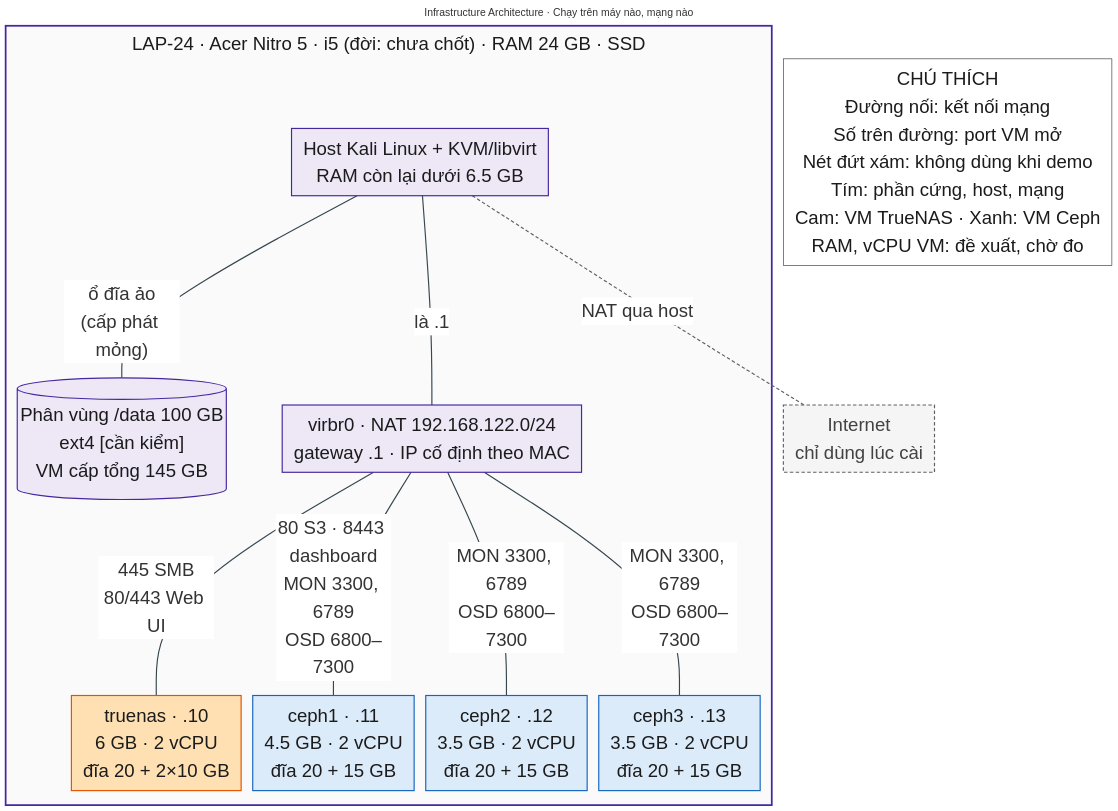
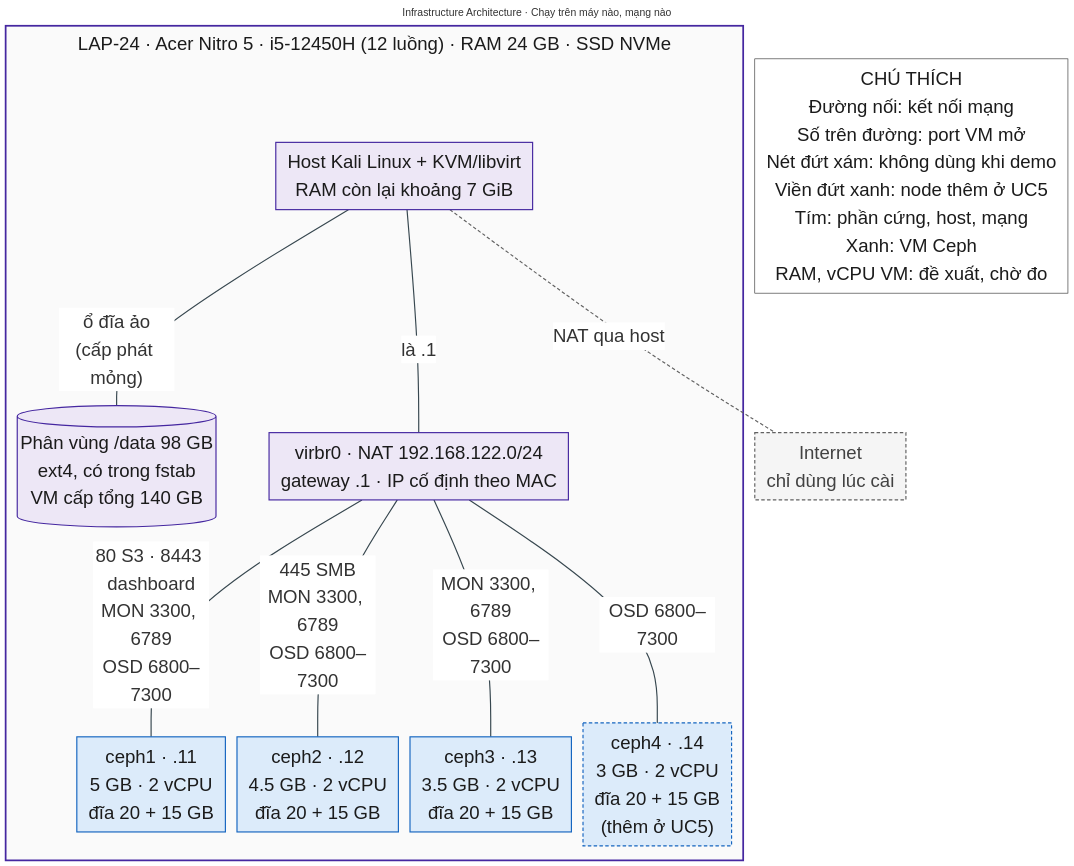
One commit to HDungg925/Project changed the fourth of 5 diagrams in NT132-P2-TaiLieuNhom.md. Above: the diagram before and after it, drawn with Mermaid. The commit also changed other lines of this file and 11 other files, not shown here.

Commit message:
Bo TrueNAS

````diff
--- a/NT132-P2-TaiLieuNhom.md
+++ b/NT132-P2-TaiLieuNhom.md
@@ -521,48 +568,55 @@
 ```mermaid
 ---
 title: "Infrastructure Architecture · Chạy trên máy nào, mạng nào"
+config:
+  layout: dagre
+  theme: base
+  themeVariables: {"fontSize": "32px", "fontFamily": "Arial, Helvetica, sans-serif", "lineColor": "#37474F", "edgeLabelBackground": "#FFFFFF"}
+  themeCSS: ".flowchartTitleText { font-size: 42px; font-weight: bold; } .edgeLabel div { max-width: none !important; white-space: nowrap !important; }"
+  flowchart: {"curve": "basis", "wrappingWidth": 650, "nodeSpacing": 20, "rankSpacing": 50, "padding": 10, "subGraphTitleMargin": {"top": 6, "bottom": 26}}
 ---
-%%{init: {"theme": "base", "themeVariables": {"fontSize": "32px", "fontFamily": "Arial, Helvetica, sans-serif", "lineColor": "#37474F", "edgeLabelBackground": "#FFFFFF"}, "themeCSS": ".flowchartTitleText { font-size: 42px; font-weight: bold; } .edgeLabel div { max-width: none !important; white-space: nowrap !important; }", "flowchart": {"curve": "basis", "wrappingWidth": 650, "nodeSpacing": 20, "rankSpacing": 50, "padding": 10, "subGraphTitleMargin": {"top": 6, "bottom": 26}}}}%%
 flowchart TB
-    %% ===== BẢNG MÀU CHUNG (giữ nguyên như slide 6-8) =====
+    %% ===== BẢNG MÀU CHUNG v3 (giữ nguyên như slide 6-8) =====
     classDef client  fill:#E8F5E9,stroke:#2E7D32,stroke-width:2px,color:#1B1B1B
-    classDef truenas fill:#FFE0B2,stroke:#E65100,stroke-width:2px,color:#1B1B1B
+    classDef gateway fill:#FFE0B2,stroke:#E65100,stroke-width:2px,color:#1B1B1B
     classDef ceph    fill:#DCEBFA,stroke:#1565C0,stroke-width:2px,color:#1B1B1B
     classDef infra   fill:#EDE7F6,stroke:#4527A0,stroke-width:2px,color:#1B1B1B
     classDef should  fill:#F5F5F5,stroke:#616161,stroke-width:2px,stroke-dasharray:6 4,color:#424242
     classDef note    fill:#FFFFFF,stroke:#212121,stroke-width:1px,color:#1B1B1B
+    %% Riêng slide 9-10: node Ceph chỉ tham gia cụm ở UC5 (ceph4) = nền xanh, viền đứt
+    classDef later   fill:#DCEBFA,stroke:#1565C0,stroke-width:2px,stroke-dasharray:6 4,color:#1B1B1B
 
     INET["Internet<br/>chỉ dùng lúc cài"]
 
-    subgraph LAP["LAP-24 · Acer Nitro 5 · i5 (đời: chưa chốt) · RAM 24 GB · SSD"]
-        HOST["Host Kali Linux + KVM/libvirt<br/>RAM còn lại dưới 6.5 GB"]
-        DATA[("Phân vùng /data 100 GB<br/>ext4 [cần kiểm]<br/>VM cấp tổng 145 GB")]
+    subgraph LAP["LAP-24 · Acer Nitro 5 · i5-12450H (12 luồng) · RAM 24 GB · SSD NVMe"]
+        HOST["Host Kali Linux + KVM/libvirt<br/>RAM còn lại khoảng 7 GiB"]
+        DATA[("Phân vùng /data 98 GB<br/>ext4, có trong fstab<br/>VM cấp tổng 140 GB")]
         NET["virbr0 · NAT 192.168.122.0/24<br/>gateway .1 · IP cố định theo MAC"]
-        VM_TN["truenas · .10<br/>6 GB · 2 vCPU<br/>đĩa 20 + 2×10 GB"]
-        VM_C1["ceph1 · .11<br/>4.5 GB · 2 vCPU<br/>đĩa 20 + 15 GB"]
-        VM_C2["ceph2 · .12<br/>3.5 GB · 2 vCPU<br/>đĩa 20 + 15 GB"]
+        VM_C1["ceph1 · .11<br/>5 GB · 2 vCPU<br/>đĩa 20 + 15 GB"]
+        VM_C2["ceph2 · .12<br/>4.5 GB · 2 vCPU<br/>đĩa 20 + 15 GB"]
         VM_C3["ceph3 · .13<br/>3.5 GB · 2 vCPU<br/>đĩa 20 + 15 GB"]
+        VM_C4["ceph4 · .14<br/>3 GB · 2 vCPU<br/>đĩa 20 + 15 GB<br/>(thêm ở UC5)"]
     end
 
-    LEG["CHÚ THÍCH<br/>Đường nối: kết nối mạng<br/>Số trên đường: port VM mở<br/>Nét đứt xám: không dùng khi demo<br/>Tím: phần cứng, host, mạng<br/>Cam: VM TrueNAS · Xanh: VM Ceph<br/>RAM, vCPU VM: đề xuất, chờ đo"]
+    LEG["CHÚ THÍCH<br/>Đường nối: kết nối mạng<br/>Số trên đường: port VM mở<br/>Nét đứt xám: không dùng khi demo<br/>Viền đứt xanh: node thêm ở UC5<br/>Tím: phần cứng, host, mạng<br/>Xanh: VM Ceph<br/>RAM, vCPU VM: đề xuất, chờ đo"]
 
     %% ===== KẾT NỐI (thứ tự dòng = số trong linkStyle) =====
     %% Viết "HOST --- INET" (không phải INET --- HOST) để Internet nằm cạnh laptop, ảnh không bị cao
     HOST ---|"NAT qua host"| INET
     HOST ---|"ổ đĩa ảo<br/>(cấp phát mỏng)"| DATA
     HOST ---|"là .1"| NET
-    NET ---|"445 SMB<br/>80/443 Web UI"| VM_TN
     NET ---|"80 S3 · 8443 dashboard<br/>MON 3300, 6789<br/>OSD 6800–7300"| VM_C1
-    NET ---|"MON 3300, 6789<br/>OSD 6800–7300"| VM_C2
+    NET ---|"445 SMB<br/>MON 3300, 6789<br/>OSD 6800–7300"| VM_C2
     NET ---|"MON 3300, 6789<br/>OSD 6800–7300"| VM_C3
+    NET ---|"OSD 6800–7300"| VM_C4
 
     linkStyle 0 stroke:#616161,stroke-width:2px,stroke-dasharray:6 4
     linkStyle 1,2,3,4,5,6 stroke:#37474F,stroke-width:2px
 
     class INET should
     class HOST,DATA,NET infra
-    class VM_TN truenas
     class VM_C1,VM_C2,VM_C3 ceph
+    class VM_C4 later
     class LEG note
     style LAP fill:#FAFAFA,stroke:#4527A0,stroke-width:3px,color:#1B1B1B
 ```
````
